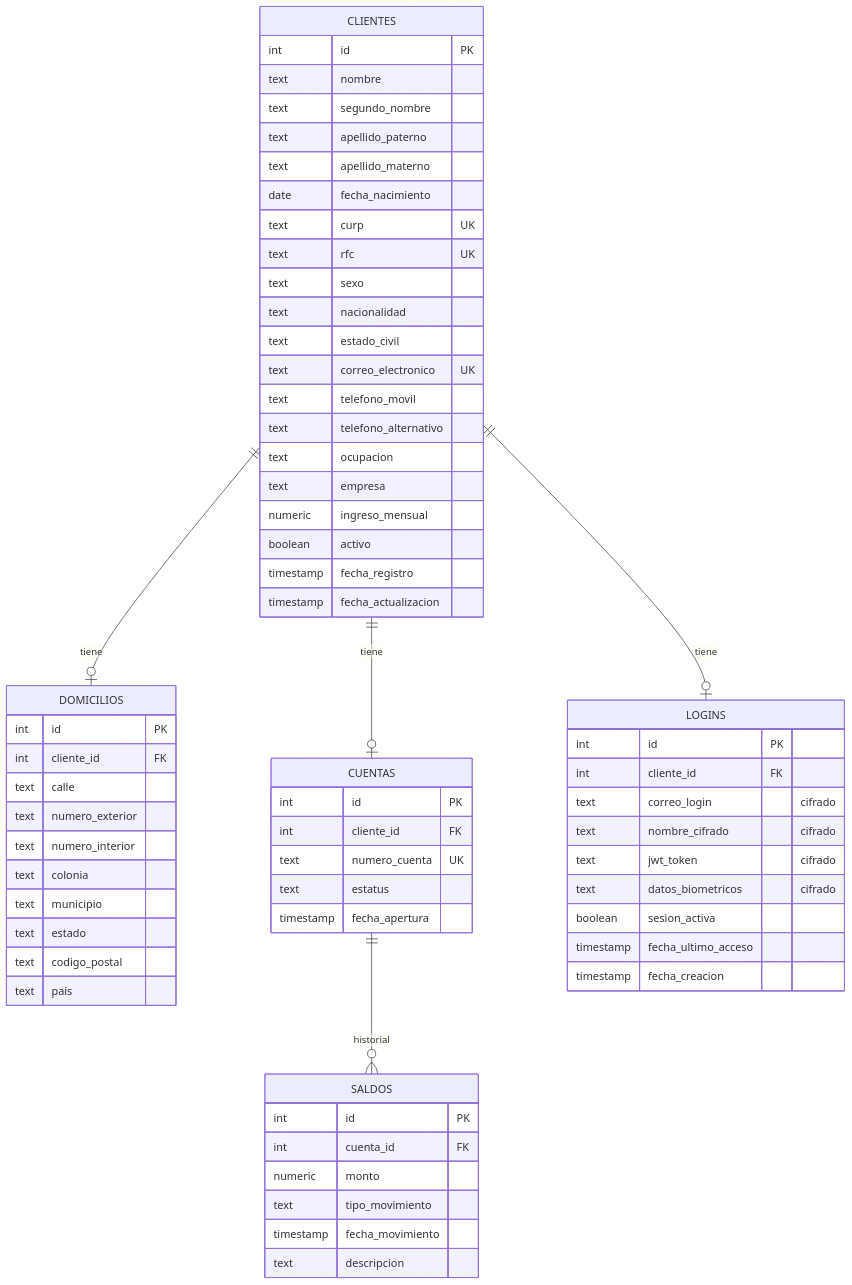
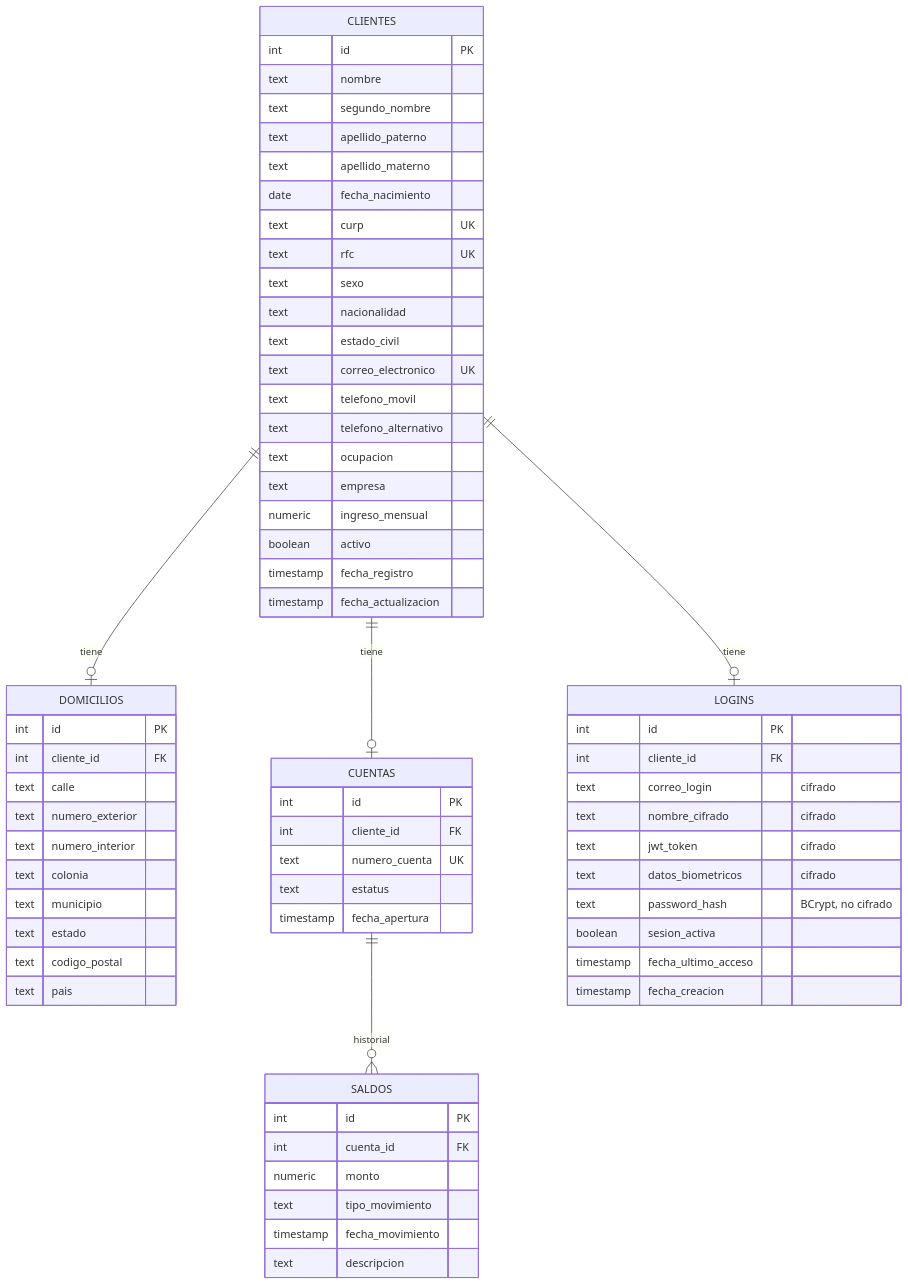
Before and after one commit to Pedro-Uriel-Perez/GestoPago: the diagram in docs/onboarding-clientes.md, drawn with Mermaid. The commit also changed other lines of this file and 12 other files, not shown here.

````diff
--- a/docs/onboarding-clientes.md
+++ b/docs/onboarding-clientes.md
@@ -12,72 +12,73 @@
 ```mermaid
 erDiagram
     CLIENTES ||--o| DOMICILIOS : "tiene"
     CLIENTES ||--o| CUENTAS : "tiene"
     CLIENTES ||--o| LOGINS : "tiene"
     CUENTAS ||--o{ SALDOS : "historial"
 
     CLIENTES {
         int id PK
         text nombre
         text segundo_nombre
         text apellido_paterno
         text apellido_materno
         date fecha_nacimiento
         text curp UK
         text rfc UK
         text sexo
         text nacionalidad
         text estado_civil
         text correo_electronico UK
         text telefono_movil
         text telefono_alternativo
         text ocupacion
         text empresa
         numeric ingreso_mensual
         boolean activo
         timestamp fecha_registro
         timestamp fecha_actualizacion
     }
 
     DOMICILIOS {
         int id PK
         int cliente_id FK
         text calle
         text numero_exterior
         text numero_interior
         text colonia
         text municipio
         text estado
         text codigo_postal
         text pais
     }
 
     CUENTAS {
         int id PK
         int cliente_id FK
         text numero_cuenta UK
         text estatus
         timestamp fecha_apertura
     }
 
     SALDOS {
         int id PK
         int cuenta_id FK
         numeric monto
         text tipo_movimiento
         timestamp fecha_movimiento
         text descripcion
     }
 
     LOGINS {
         int id PK
         int cliente_id FK
         text correo_login "cifrado"
         text nombre_cifrado "cifrado"
         text jwt_token "cifrado"
         text datos_biometricos "cifrado"
+        text password_hash "BCrypt, no cifrado"
         boolean sesion_activa
         timestamp fecha_ultimo_acceso
         timestamp fecha_creacion
     }
 ```
````
